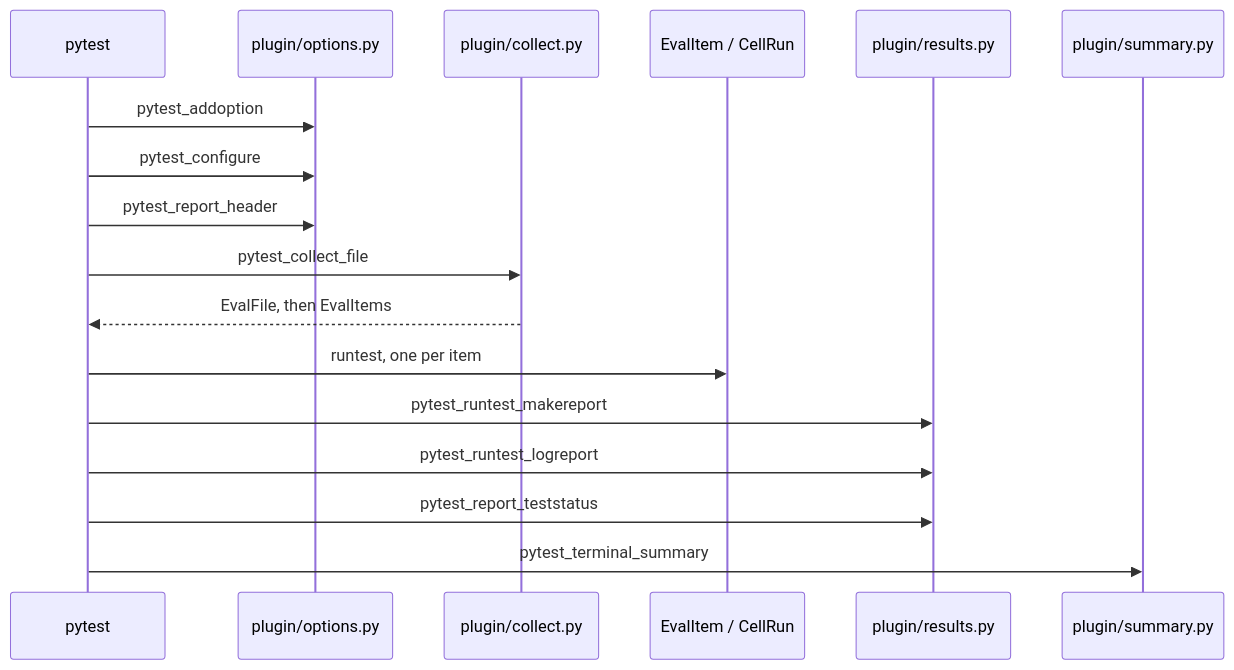
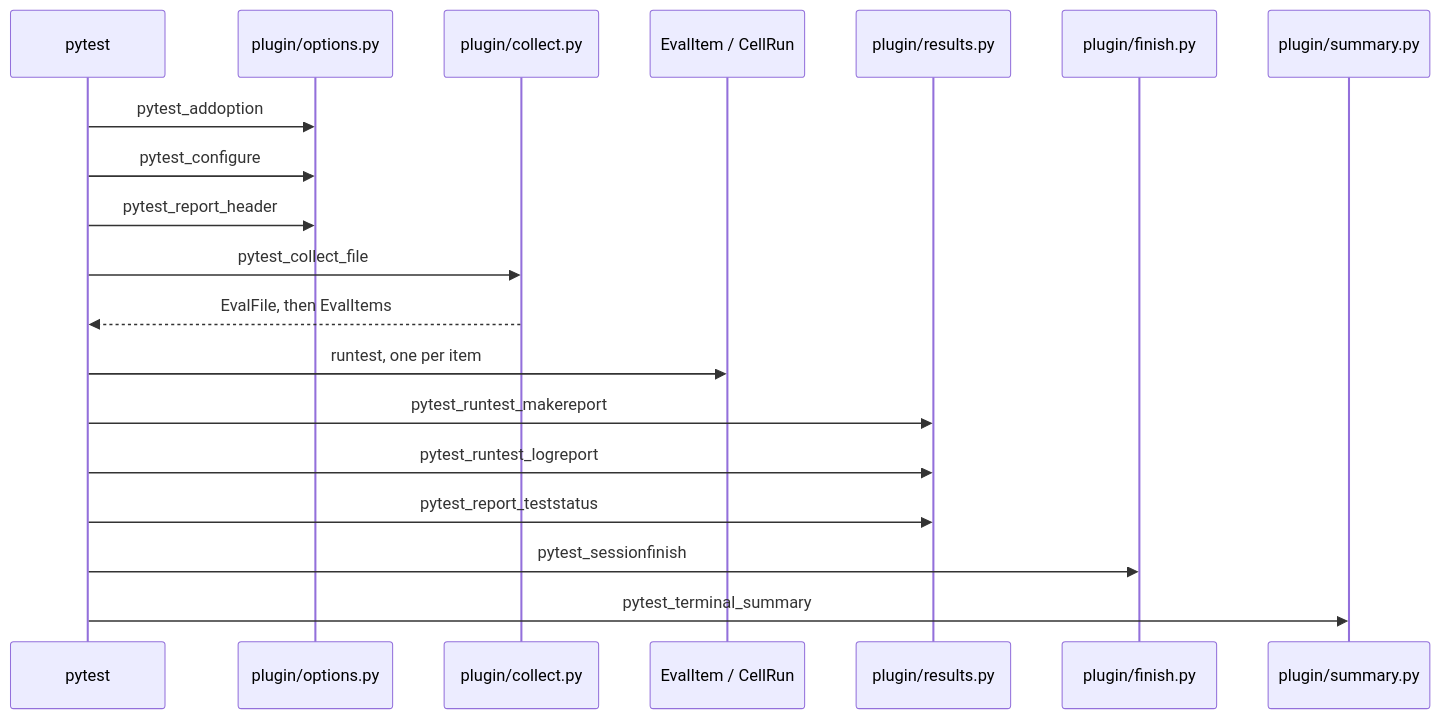
Before and after one commit to neozenith/pytest-xharness-eval: the fifth of 39 diagrams in ARCHITECTURE.md, drawn with Mermaid. The commit also changed other lines of this file and 1 other file, not shown here.

First line of the commit message:
docs: ARCHITECTURE.md refreshed for the wired Analyzer, CellPlan and ADR 0076 names

````diff
--- a/ARCHITECTURE.md
+++ b/ARCHITECTURE.md
@@ -337,20 +341,22 @@
 ```mermaid
 sequenceDiagram
     participant PY as pytest
     participant OPS as plugin/options.py
     participant COL as plugin/collect.py
     participant CELL as EvalItem / CellRun
     participant RES as plugin/results.py
+    participant FIN as plugin/finish.py
     participant SUM as plugin/summary.py
 
     PY->>OPS: pytest_addoption
     PY->>OPS: pytest_configure
     PY->>OPS: pytest_report_header
     PY->>COL: pytest_collect_file
     COL-->>PY: EvalFile, then EvalItems
     PY->>CELL: runtest, one per item
     PY->>RES: pytest_runtest_makereport
     PY->>RES: pytest_runtest_logreport
     PY->>RES: pytest_report_teststatus
+    PY->>FIN: pytest_sessionfinish
     PY->>SUM: pytest_terminal_summary
 ```
````
